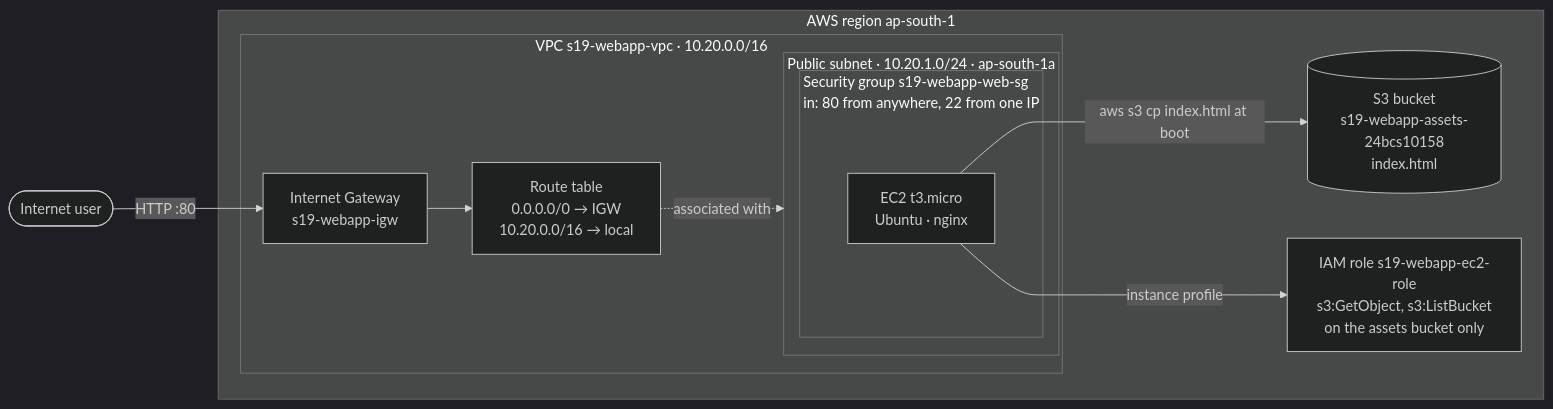
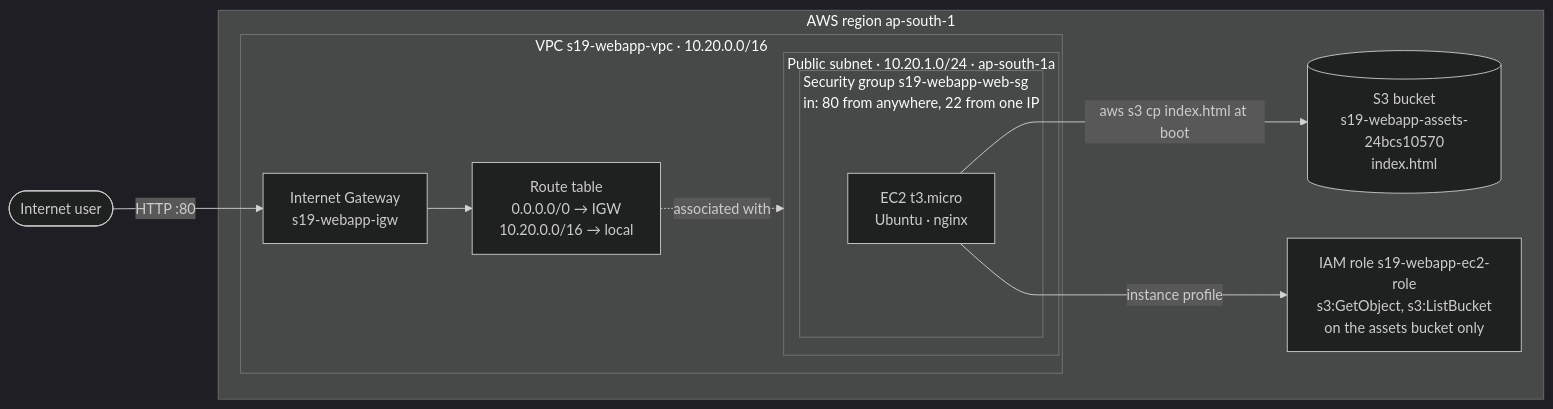
Before and after one commit to Masihh143/Devops-all: the diagram in Class_Assignments/Cloud_and_Terraform_in_Action/README.md, drawn with Mermaid (dark theme). The commit also changed other lines of this file and 57 other files, not shown here.

````diff
--- a/Class_Assignments/Cloud_and_Terraform_in_Action/README.md
+++ b/Class_Assignments/Cloud_and_Terraform_in_Action/README.md
@@ -23,19 +23,19 @@
 ```mermaid
 flowchart LR
     user([Internet user]) -->|HTTP :80| igw[Internet Gateway<br/>s19-webapp-igw]
     subgraph region[AWS region ap-south-1]
       subgraph vpc[VPC s19-webapp-vpc · 10.20.0.0/16]
         igw --> rt[Route table<br/>0.0.0.0/0 → IGW<br/>10.20.0.0/16 → local]
         subgraph subnet[Public subnet · 10.20.1.0/24 · ap-south-1a]
           subgraph sg[Security group s19-webapp-web-sg<br/>in: 80 from anywhere, 22 from one IP]
             ec2[EC2 t3.micro<br/>Ubuntu · nginx]
           end
         end
         rt -.associated with.-> subnet
       end
-      s3[(S3 bucket<br/>s19-webapp-assets-24bcs10158<br/>index.html)]
+      s3[(S3 bucket<br/>s19-webapp-assets-24bcs10570<br/>index.html)]
       iam[IAM role s19-webapp-ec2-role<br/>s3:GetObject, s3:ListBucket<br/>on the assets bucket only]
     end
     ec2 -->|instance profile| iam
     ec2 -->|aws s3 cp index.html at boot| s3
 ```
````
